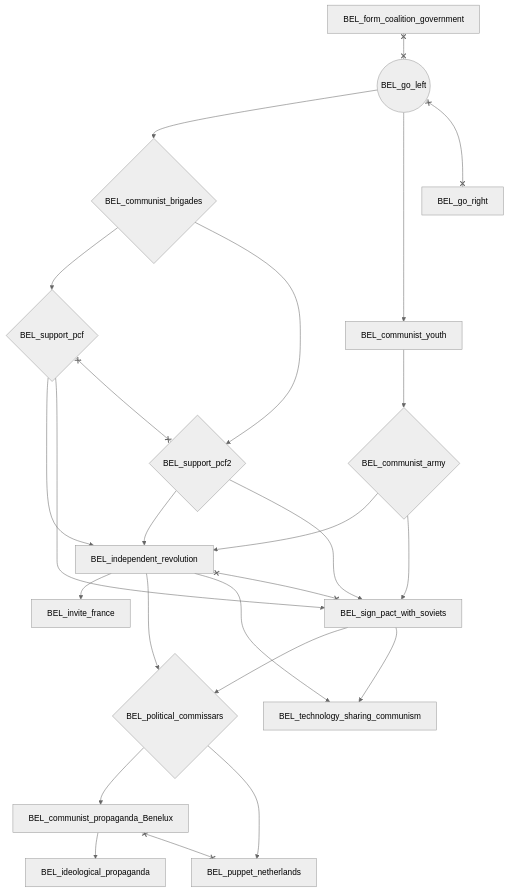
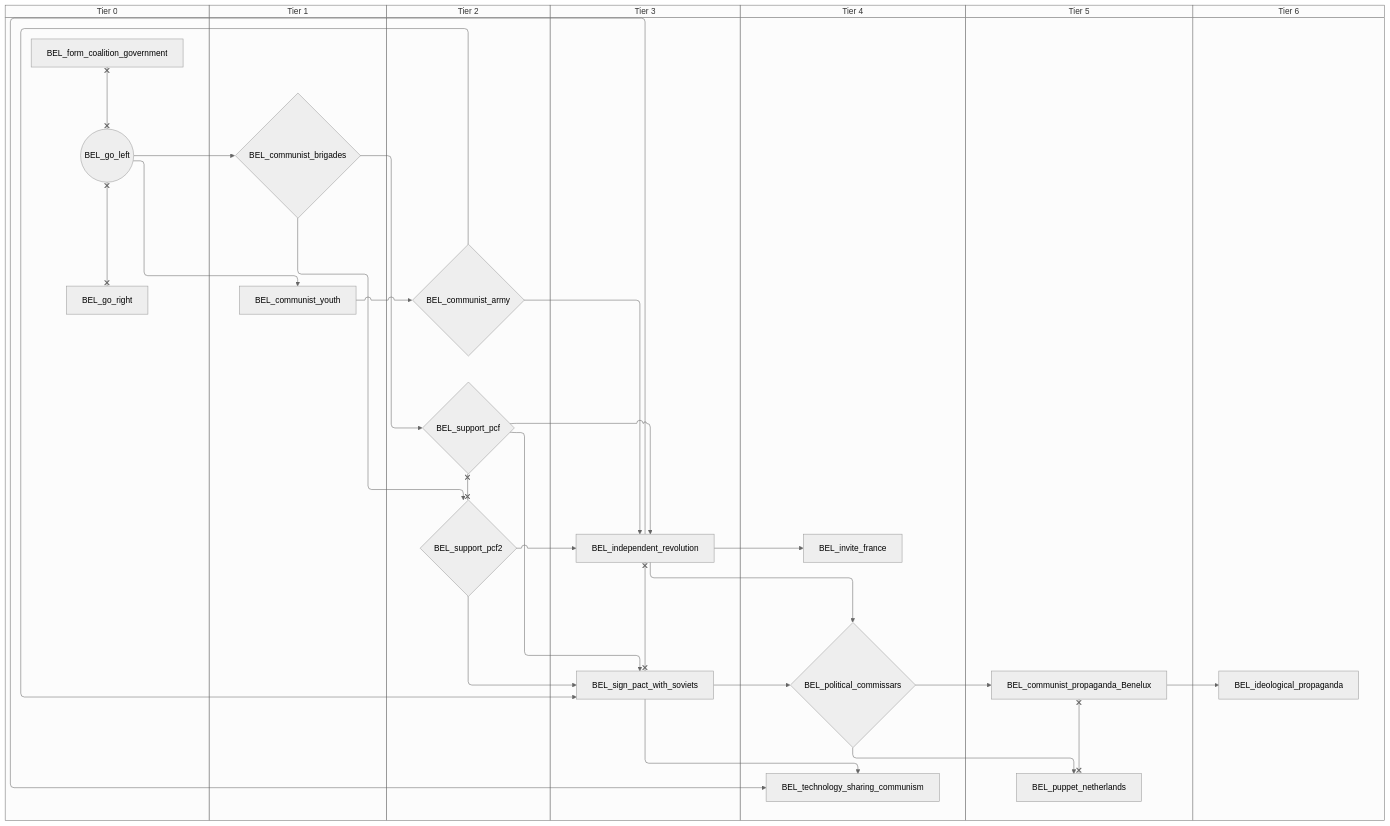
One commit to evgeny-sobol/hoi4-sandbox-mode-r56 changed the seventh of 13 diagrams in docs/gdd/National Focuses/r56/r56_belgium.md. Above: the diagram before and after it, drawn with Mermaid (neutral theme). The commit also changed other lines of this file and 423 other files, not shown here.

First line of the commit message:
Re-export Rt56 focus trees as swimlane diagrams

````diff
--- a/docs/gdd/National Focuses/r56/r56_belgium.md
+++ b/docs/gdd/National Focuses/r56/r56_belgium.md
@@ -324,43 +388,57 @@
 ```mermaid
-flowchart TD
-    n87{"BEL_communist_army"}
-    n88{"BEL_communist_brigades"}
-    n89["BEL_communist_propaganda_Benelux"]
-    n90["BEL_communist_youth"]
-    n78["BEL_form_coalition_government"]
-    n79(("BEL_go_left"))
-    n80["BEL_go_right"]
-    n91["BEL_ideological_propaganda"]
-    n92["BEL_independent_revolution"]
-    n93["BEL_invite_france"]
-    n94{"BEL_political_commissars"}
-    n95["BEL_puppet_netherlands"]
-    n96["BEL_sign_pact_with_soviets"]
-    n97{"BEL_support_pcf"}
-    n98{"BEL_support_pcf2"}
-    n99["BEL_technology_sharing_communism"]
-    n90 --> n87
-    n79 --> n88
-    n94 --> n89
-    n79 --> n90
-    n89 --> n91
-    n87 --> n92
-    n97 --> n92
-    n98 --> n92
-    n92 --> n93
+swimlane-beta TD
+    subgraph tier_0["Tier 0"]
+        n68["BEL_form_coalition_government"]
+        n69(("BEL_go_left"))
+        n70["BEL_go_right"]
+    end
+    subgraph tier_1["Tier 1"]
+        n87{"BEL_communist_brigades"}
+        n88["BEL_communist_youth"]
+    end
+    subgraph tier_2["Tier 2"]
+        n89{"BEL_communist_army"}
+        n90{"BEL_support_pcf"}
+        n91{"BEL_support_pcf2"}
+    end
+    subgraph tier_3["Tier 3"]
+        n92["BEL_independent_revolution"]
+        n93["BEL_sign_pact_with_soviets"]
+    end
+    subgraph tier_4["Tier 4"]
+        n94["BEL_invite_france"]
+        n95{"BEL_political_commissars"}
+        n96["BEL_technology_sharing_communism"]
+    end
+    subgraph tier_5["Tier 5"]
+        n97["BEL_communist_propaganda_Benelux"]
+        n98["BEL_puppet_netherlands"]
+    end
+    subgraph tier_6["Tier 6"]
+        n99["BEL_ideological_propaganda"]
+    end
+    n88 --> n89
+    n69 --> n87
+    n95 --> n97
+    n69 --> n88
+    n97 --> n99
+    n89 --> n92
+    n90 --> n92
+    n91 --> n92
     n92 --> n94
-    n96 --> n94
-    n94 --> n95
-    n87 --> n96
-    n97 --> n96
-    n98 --> n96
-    n88 --> n97
-    n88 --> n98
-    n92 --> n99
-    n96 --> n99
-    n89 x--x n95
-    n78 x--x n79
-    n79 x--x n80
-    n92 x--x n96
+    n92 --> n95
+    n93 --> n95
+    n95 --> n98
+    n89 --> n93
+    n90 --> n93
+    n91 --> n93
+    n87 --> n90
+    n87 --> n91
+    n92 --> n96
+    n93 --> n96
     n97 x--x n98
+    n68 x--x n69
+    n69 x--x n70
+    n92 x--x n93
+    n90 x--x n91
 ```
````
